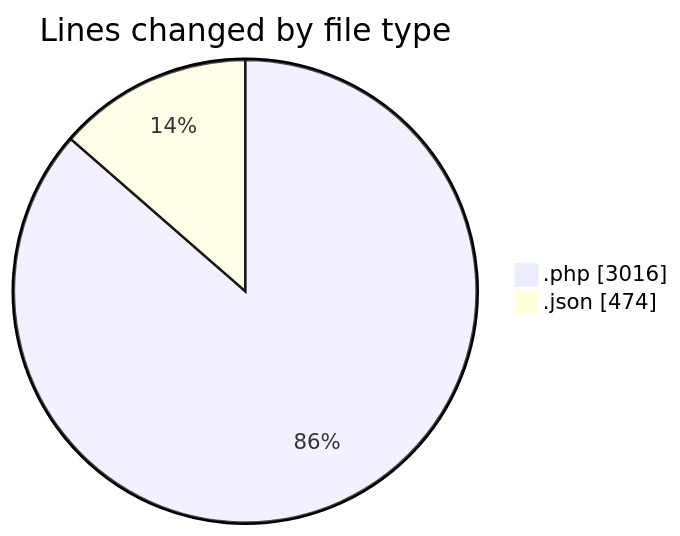
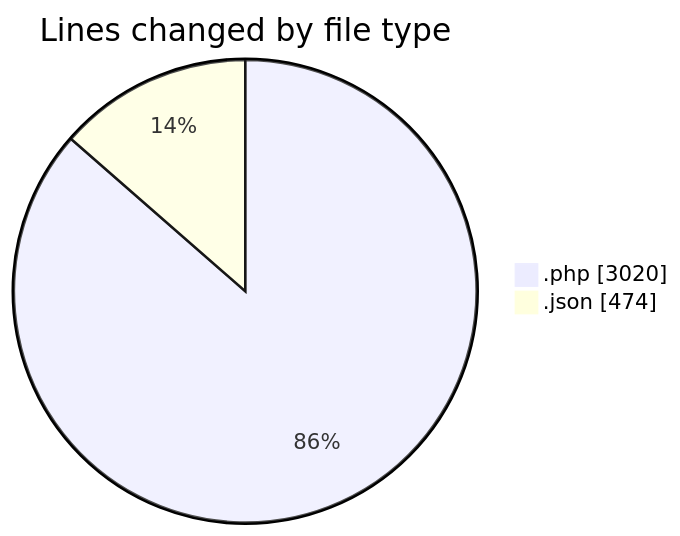
One commit to idhammustaqopulfikri/code-tracking changed the first of 2 diagrams in 2025-06-16/studio-backend/README.md. Above: the diagram before and after it, drawn with Mermaid. The commit also changed other lines of this file and 1 other file, not shown here.

````diff
--- a/2025-06-16/studio-backend/README.md
+++ b/2025-06-16/studio-backend/README.md
@@ -36,6 +36,6 @@
 ```mermaid
 pie showData
 title Lines changed by file type
-".php" : 3016
+".php" : 3020
 ".json" : 474
 ```
````
